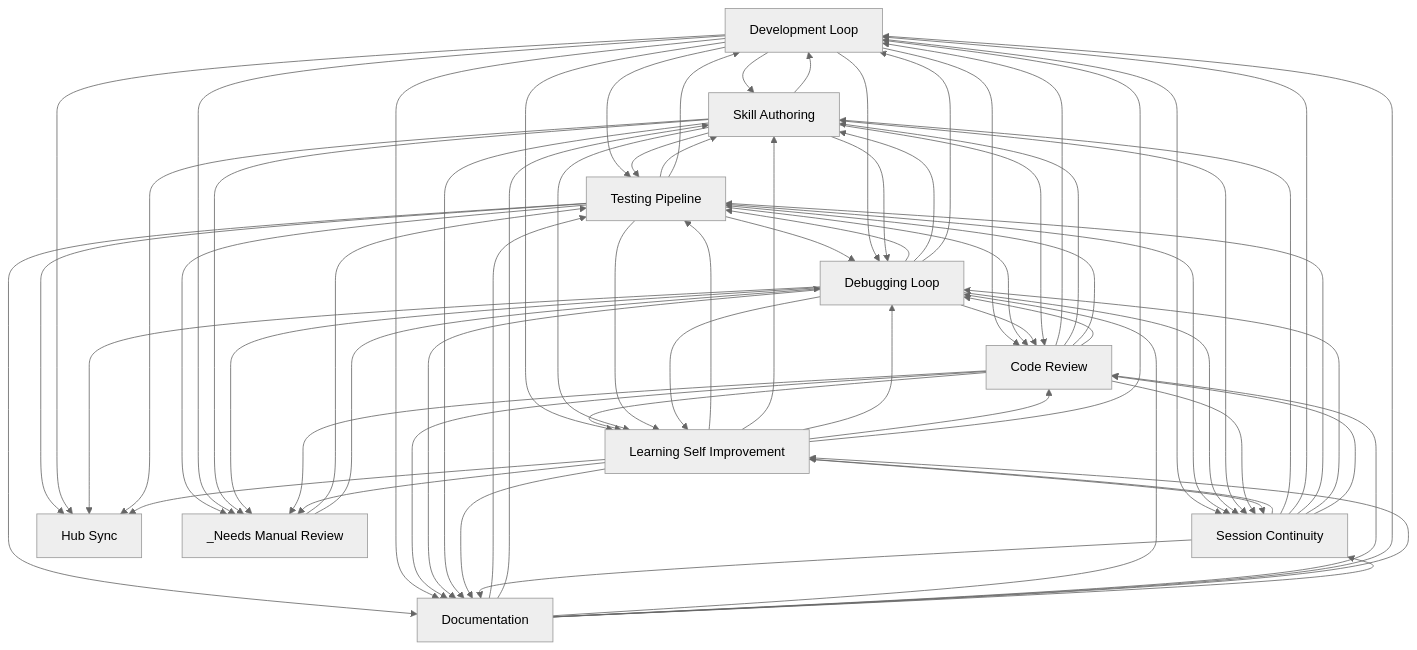
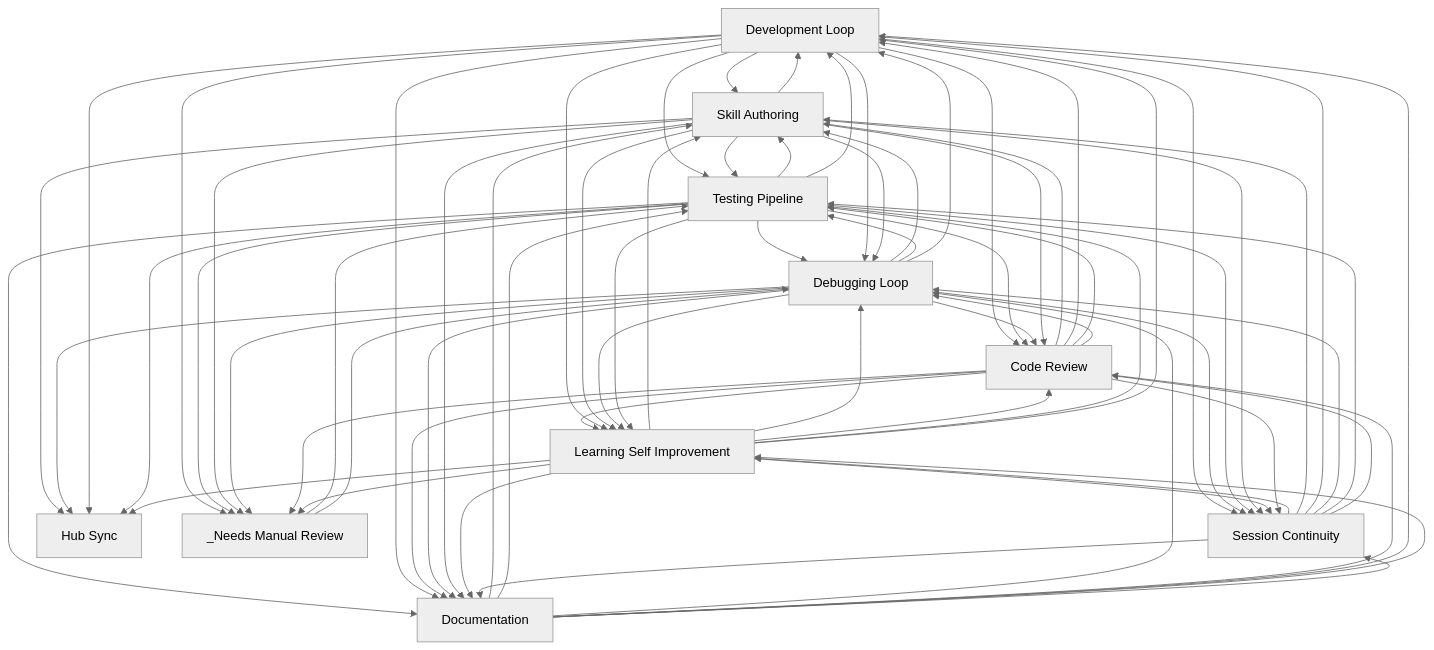
The diagram in docs/workflows/INDEX.md (abhayla/claude-best-practices), drawn with Mermaid (neutral theme) before and after one commit. The commit also changed other lines of this file and 12 other files, not shown here.

````diff
--- a/docs/workflows/INDEX.md
+++ b/docs/workflows/INDEX.md
@@ -22,82 +22,82 @@
 ```mermaid
 graph TD
     development_loop[Development Loop]
     testing_pipeline[Testing Pipeline]
     debugging_loop[Debugging Loop]
     learning_self_improvement[Learning Self Improvement]
     session_continuity[Session Continuity]
     skill_authoring[Skill Authoring]
     code_review[Code Review]
     documentation[Documentation]
     hub_sync[Hub Sync]
     _needs_manual_review[_Needs Manual Review]
+    documentation --> skill_authoring
     documentation --> testing_pipeline
-    documentation --> skill_authoring
+    code_review --> skill_authoring
+    code_review --> development_loop
     development_loop --> skill_authoring
     development_loop --> code_review
-    code_review --> development_loop
-    code_review --> skill_authoring
+    code_review --> learning_self_improvement
+    code_review --> testing_pipeline
+    development_loop --> learning_self_improvement
     development_loop --> testing_pipeline
-    development_loop --> learning_self_improvement
-    code_review --> testing_pipeline
-    code_review --> learning_self_improvement
+    skill_authoring --> testing_pipeline
     testing_pipeline --> skill_authoring
-    skill_authoring --> testing_pipeline
     testing_pipeline --> debugging_loop
     testing_pipeline --> code_review
     testing_pipeline --> development_loop
     testing_pipeline --> documentation
-    debugging_loop --> testing_pipeline
     debugging_loop --> skill_authoring
     debugging_loop --> code_review
+    debugging_loop --> testing_pipeline
     debugging_loop --> development_loop
     development_loop --> debugging_loop
     development_loop --> documentation
+    skill_authoring --> code_review
     skill_authoring --> development_loop
-    skill_authoring --> code_review
     skill_authoring --> learning_self_improvement
+    development_loop --> _needs_manual_review
     testing_pipeline --> _needs_manual_review
-    development_loop --> _needs_manual_review
     documentation --> debugging_loop
     documentation --> code_review
     documentation --> development_loop
     code_review --> debugging_loop
     code_review --> documentation
     development_loop --> session_continuity
     session_continuity --> learning_self_improvement
     _needs_manual_review --> testing_pipeline
+    debugging_loop --> learning_self_improvement
+    debugging_loop --> session_continuity
+    testing_pipeline --> learning_self_improvement
     testing_pipeline --> session_continuity
-    testing_pipeline --> learning_self_improvement
-    debugging_loop --> session_continuity
-    debugging_loop --> learning_self_improvement
     debugging_loop --> documentation
     documentation --> learning_self_improvement
     skill_authoring --> session_continuity
     skill_authoring --> debugging_loop
     _needs_manual_review --> debugging_loop
-    learning_self_improvement --> testing_pipeline
     learning_self_improvement --> skill_authoring
     learning_self_improvement --> debugging_loop
     learning_self_improvement --> code_review
+    learning_self_improvement --> testing_pipeline
     learning_self_improvement --> development_loop
     skill_authoring --> _needs_manual_review
     debugging_loop --> _needs_manual_review
     code_review --> _needs_manual_review
     skill_authoring --> documentation
+    learning_self_improvement --> session_continuity
     code_review --> session_continuity
-    learning_self_improvement --> session_continuity
     session_continuity --> skill_authoring
     learning_self_improvement --> documentation
     session_continuity --> development_loop
+    session_continuity --> debugging_loop
     session_continuity --> testing_pipeline
-    session_continuity --> debugging_loop
     session_continuity --> documentation
     session_continuity --> code_review
+    skill_authoring --> hub_sync
+    debugging_loop --> hub_sync
+    development_loop --> hub_sync
     testing_pipeline --> hub_sync
-    development_loop --> hub_sync
-    debugging_loop --> hub_sync
-    skill_authoring --> hub_sync
     learning_self_improvement --> hub_sync
     learning_self_improvement --> _needs_manual_review
     documentation --> session_continuity
 ```
````
